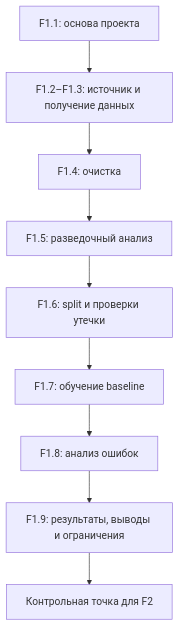
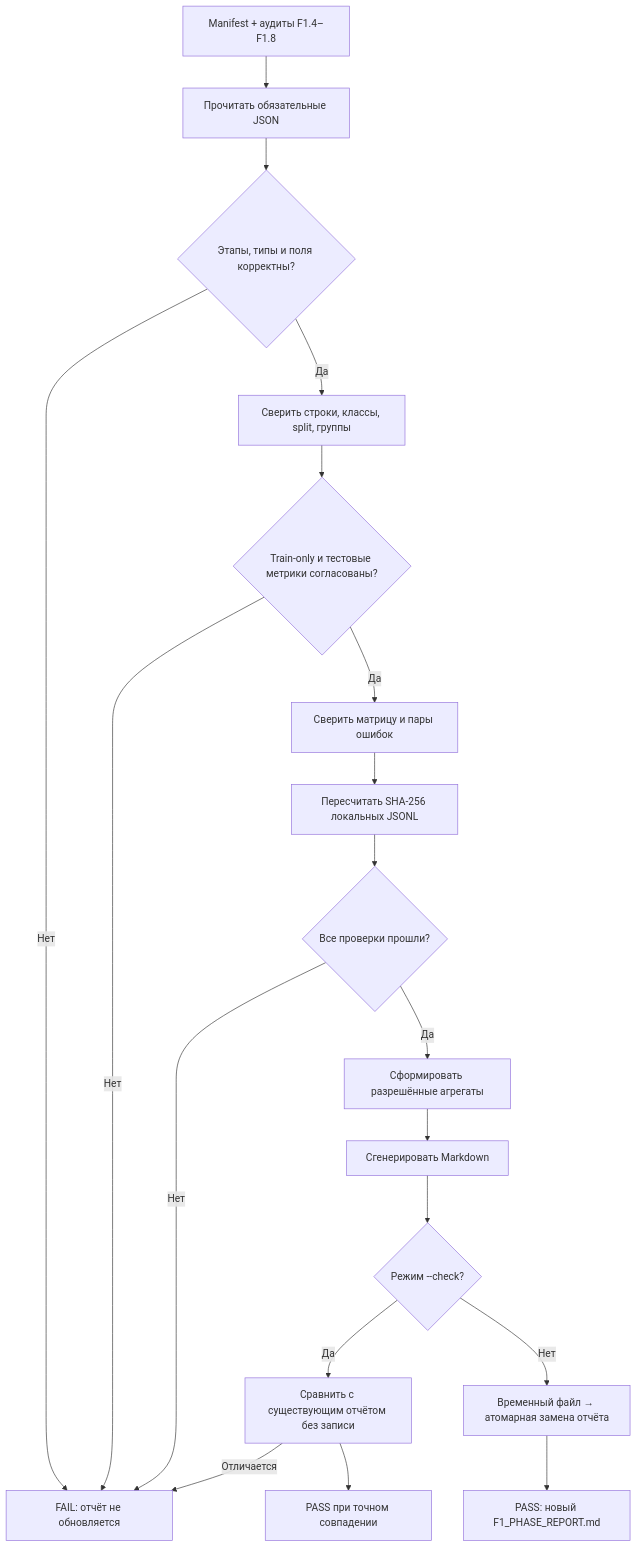
One commit to trasher88/ml-engineering-lab changed the second of 2 diagrams in docs/steps/F1_09_report.md. Above: the diagram before and after it, drawn with Mermaid. The commit also changed other lines of this file and 8 other files, not shown here.

````diff
--- a/docs/steps/F1_09_report.md
+++ b/docs/steps/F1_09_report.md
@@ -71,11 +287,21 @@
 ```mermaid
 flowchart TD
-    A["F1.1: основа проекта"] --> B["F1.2–F1.3: источник и получение данных"]
-    B --> C["F1.4: очистка"]
-    C --> D["F1.5: разведочный анализ"]
-    D --> E["F1.6: split и проверки утечки"]
-    E --> F["F1.7: обучение baseline"]
-    F --> G["F1.8: анализ ошибок"]
-    G --> H["F1.9: результаты, выводы и ограничения"]
-    H --> I["Контрольная точка для F2"]
+    M["Manifest + аудиты F1.4–F1.8"] --> A["Прочитать обязательные JSON"]
+    A --> B{"Этапы, типы и поля корректны?"}
+    B -->|Нет| X["FAIL: отчёт не обновляется"]
+    B -->|Да| C["Сверить строки, классы, split, группы"]
+    C --> D{"Train-only и тестовые метрики согласованы?"}
+    D -->|Нет| X
+    D -->|Да| E["Сверить матрицу и пары ошибок"]
+    E --> F["Пересчитать SHA-256 локальных JSONL"]
+    F --> G{"Все проверки прошли?"}
+    G -->|Нет| X
+    G -->|Да| H["Сформировать разрешённые агрегаты"]
+    H --> I["Сгенерировать Markdown"]
+    I --> J{"Режим --check?"}
+    J -->|Да| K["Сравнить с существующим отчётом без записи"]
+    J -->|Нет| L["Временный файл → атомарная замена отчёта"]
+    K --> N["PASS при точном совпадении"]
+    K -->|Отличается| X
+    L --> O["PASS: новый F1_PHASE_REPORT.md"]
 ```
````
